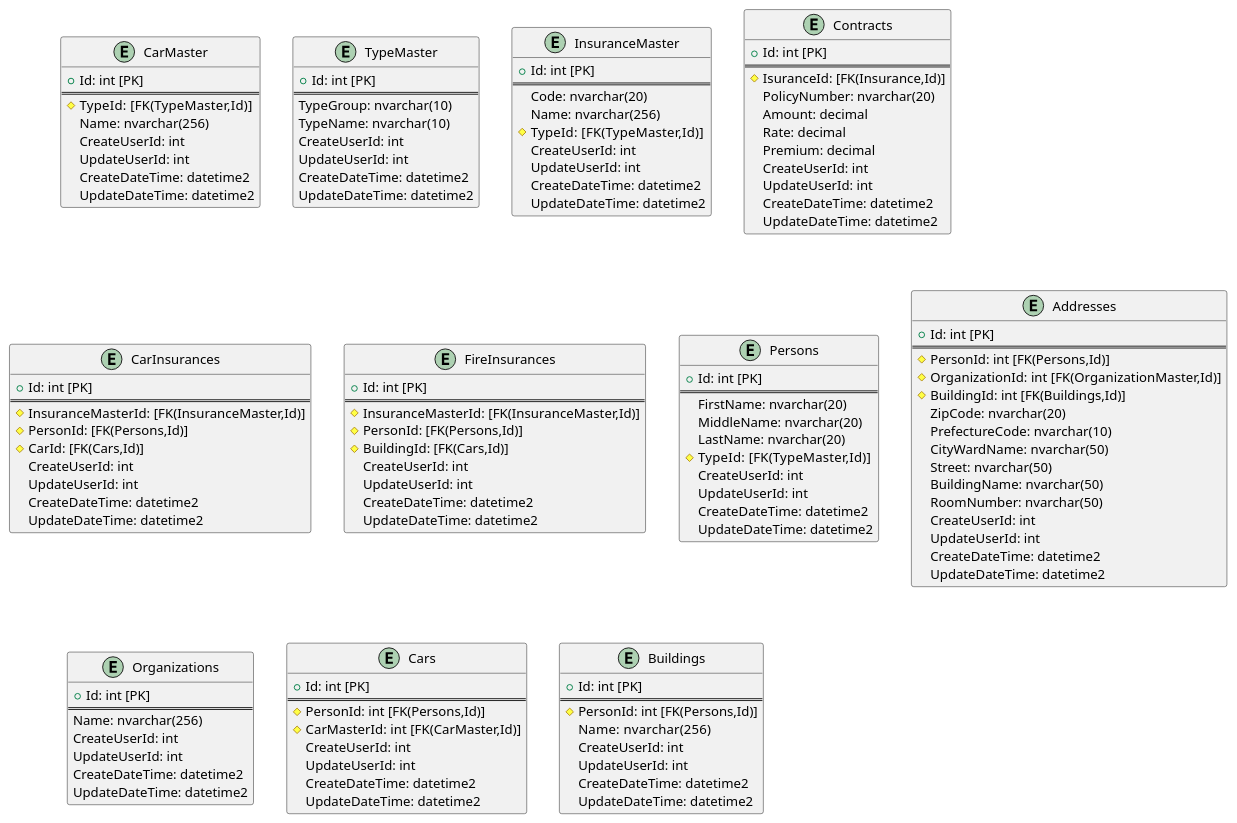
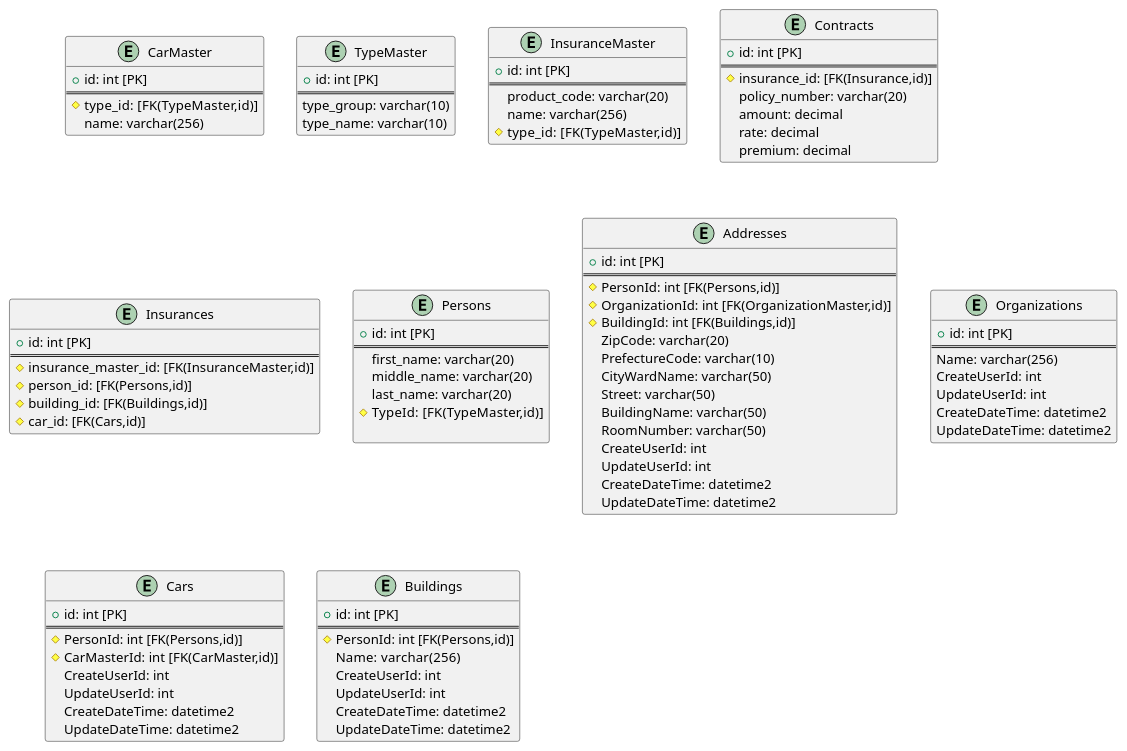
The diagram in doc/ContractER.md (naofumiaoyama/NonLifeInsurance), drawn with PlantUML before and after one commit. The commit also changed 3 other files, not shown here.

Commit message:
Making Table-Schemas

````diff
--- a/doc/ContractER.md
+++ b/doc/ContractER.md
@@ -3,103 +3,69 @@
 ```puml
 @startuml
 entity "CarMaster" {
-    + Id: int [PK]
+    + id: int [PK]
     ==
-     # TypeId:  [FK(TypeMaster,Id)]
-    Name: nvarchar(256)
-    CreateUserId: int
-    UpdateUserId: int
-    CreateDateTime: datetime2
-    UpdateDateTime: datetime2
+     # type_id:  [FK(TypeMaster,id)]
+    name: varchar(256)
 }
 
 entity "TypeMaster" {
-    + Id: int [PK]
+    + id: int [PK]
     ==
-    TypeGroup: nvarchar(10)
-    TypeName: nvarchar(10)
-    CreateUserId: int
-    UpdateUserId: int
-    CreateDateTime: datetime2
-    UpdateDateTime: datetime2
+    type_group: varchar(10)
+    type_name: varchar(10)
 }
 
 entity "InsuranceMaster" {
-    + Id: int [PK]
+    + id: int [PK]
     ==
-    Code: nvarchar(20)
-    Name: nvarchar(256)
-    # TypeId:  [FK(TypeMaster,Id)]
-    CreateUserId: int
-    UpdateUserId: int
-    CreateDateTime: datetime2
-    UpdateDateTime: datetime2
+    product_code: varchar(20)
+    name: varchar(256)
+    # type_id:  [FK(TypeMaster,id)]
 }
 
 entity "Contracts" {
-    + Id: int [PK]
+    + id: int [PK]
     ==
-    # IsuranceId: [FK(Insurance,Id)]
-    PolicyNumber: nvarchar(20)
-    Amount: decimal
-    Rate: decimal
-    Premium: decimal
-    CreateUserId: int
-    UpdateUserId: int
-    CreateDateTime: datetime2
-    UpdateDateTime: datetime2
+    # insurance_id: [FK(Insurance,id)]
+    policy_number: varchar(20)
+    amount: decimal
+    rate: decimal
+    premium: decimal
 }
 
-entity "CarInsurances" {
-    + Id: int [PK]
+entity "Insurances" {
+    + id: int [PK]
     ==
-    # InsuranceMasterId: [FK(InsuranceMaster,Id)]
-    # PersonId: [FK(Persons,Id)]
-    # CarId: [FK(Cars,Id)]
-    CreateUserId: int
-    UpdateUserId: int
-    CreateDateTime: datetime2
-    UpdateDateTime: datetime2
-}
-
-entity "FireInsurances" {
-    + Id: int [PK]
-    ==
-    # InsuranceMasterId: [FK(InsuranceMaster,Id)]
-    # PersonId: [FK(Persons,Id)]
-    # BuildingId: [FK(Cars,Id)]
-    CreateUserId: int
-    UpdateUserId: int
-    CreateDateTime: datetime2
-    UpdateDateTime: datetime2
+    # insurance_master_id: [FK(InsuranceMaster,id)]
+    # person_id: [FK(Persons,id)]
+    # building_id: [FK(Buildings,id)]
+    # car_id: [FK(Cars,id)]
 }
 
 
 entity "Persons" {
-    + Id: int [PK]
+    + id: int [PK]
     ==
-    FirstName: nvarchar(20)
-    MiddleName: nvarchar(20)
-    LastName: nvarchar(20)
-    # TypeId:  [FK(TypeMaster,Id)]
-    CreateUserId: int
-    UpdateUserId: int
-    CreateDateTime: datetime2
-    UpdateDateTime: datetime2
+    first_name: varchar(20)
+    middle_name: varchar(20)
+    last_name: varchar(20)
+    # TypeId:  [FK(TypeMaster,id)]
+
 }
 
 entity "Addresses" {
-    + Id: int [PK]
+    + id: int [PK]
     ==
-    # PersonId: int [FK(Persons,Id)]
-    # OrganizationId: int [FK(OrganizationMaster,Id)]
-    # BuildingId: int [FK(Buildings,Id)]
-    ZipCode: nvarchar(20)
-    PrefectureCode: nvarchar(10)
-    CityWardName: nvarchar(50)
-    Street: nvarchar(50)
-    BuildingName: nvarchar(50)
-    RoomNumber: nvarchar(50)
+    # PersonId: int [FK(Persons,id)]
+    # OrganizationId: int [FK(OrganizationMaster,id)]
+    # BuildingId: int [FK(Buildings,id)]
+    ZipCode: varchar(20)
+    PrefectureCode: varchar(10)
+    CityWardName: varchar(50)
+    Street: varchar(50)
+    BuildingName: varchar(50)
+    RoomNumber: varchar(50)
     CreateUserId: int
     UpdateUserId: int
     CreateDateTime: datetime2
@@ -107,9 +73,9 @@
 }
 
 entity "Organizations" {
-    + Id: int [PK]
+    + id: int [PK]
     ==
-    Name: nvarchar(256)
+    Name: varchar(256)
     CreateUserId: int
     UpdateUserId: int
     CreateDateTime: datetime2
@@ -117,10 +83,10 @@
 }
 
 entity "Cars" {
-    + Id: int [PK]
+    + id: int [PK]
     ==
-    # PersonId: int [FK(Persons,Id)]
-    # CarMasterId: int [FK(CarMaster,Id)]
+    # PersonId: int [FK(Persons,id)]
+    # CarMasterId: int [FK(CarMaster,id)]
     CreateUserId: int
     UpdateUserId: int
     CreateDateTime: datetime2
@@ -128,10 +94,10 @@
 }
 
 entity "Buildings" {
-    + Id: int [PK]
+    + id: int [PK]
     ==
-    # PersonId: int [FK(Persons,Id)]
-    Name:  nvarchar(256)
+    # PersonId: int [FK(Persons,id)]
+    Name:  varchar(256)
     CreateUserId: int
     UpdateUserId: int
     CreateDateTime: datetime2
````
